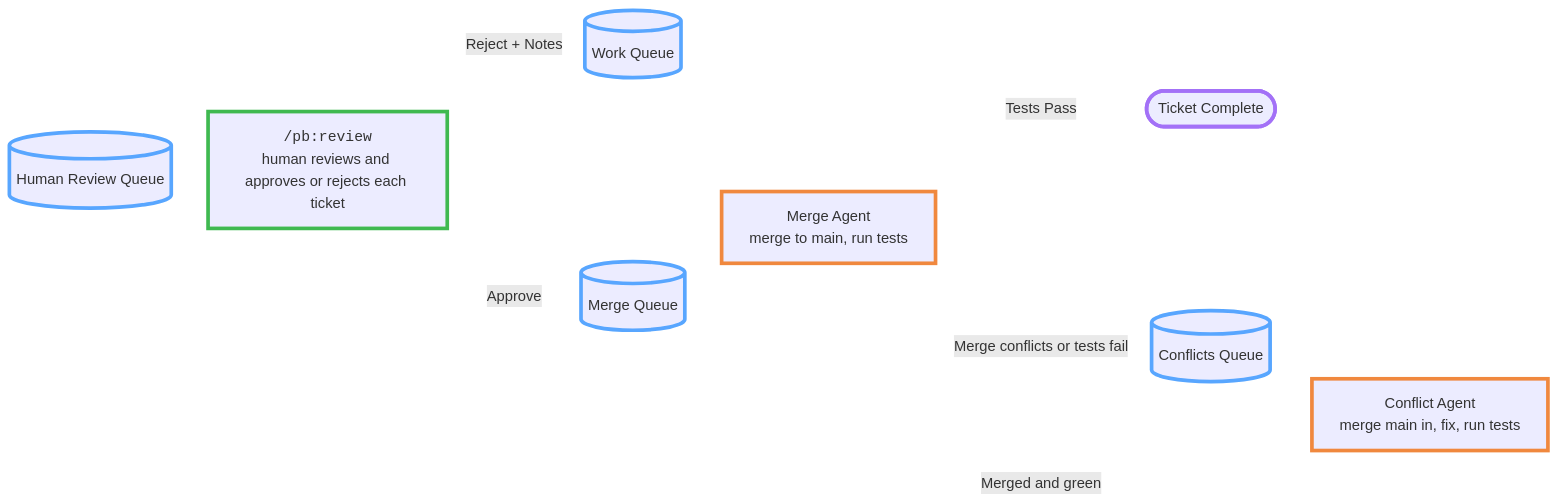
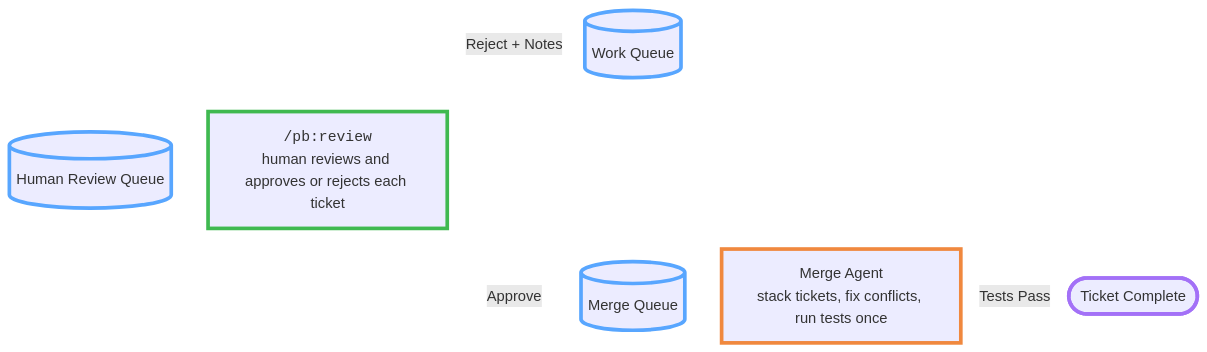
One commit to ashleydavis/playbook changed the diagram in images/handbook/pipeline-human-review.mmd. Above: the diagram before and after it, drawn with Mermaid. The commit also changed 26 other files, not shown here.

First line of the commit message:
Replaced the merge train worktree with a chain of the tickets' own branches

```diff
--- a/images/handbook/pipeline-human-review.mmd
+++ b/images/handbook/pipeline-human-review.mmd
@@ -1,22 +1,19 @@
 %%{init: {'layout': 'dagre', 'flowchart': {'nodeSpacing': 200, 'rankSpacing': 40}, 'themeVariables': {'lineColor': '#ffffff'}, 'themeCSS': '.edgeLabel p { padding: 4px 8px; }'}}%%
 flowchart LR
     HR[("Human Review Queue")] --> VIEW
 
     VIEW["<span style='font-family:monospace'>/pb:review</span><br/>human reviews and approves or rejects each ticket"]
 
     VIEW -->|Reject + Notes| WQ[("Work Queue")]
     VIEW -->|Approve| MQ[("Merge Queue")]
-    MQ --> MA["Merge Agent<br/>merge to main, run tests"]
+    MQ --> MA["Merge Agent<br/>stack tickets, fix conflicts, run tests once"]
     MA -->|Tests Pass| DONE(["Ticket Complete"])
-    MA -->|"Merge conflicts or tests fail"| CQ[("Conflicts Queue")]
-    CQ --> CA["Conflict Agent<br/>merge main in, fix, run tests"]
-    CA -->|"Merged and green"| MQ
     classDef queue stroke:#58a6ff,stroke-width:4px
-    class HR,WQ,MQ,CQ queue
+    class HR,WQ,MQ queue
     classDef human stroke:#3fb950,stroke-width:4px
     classDef agent stroke:#f0883e,stroke-width:4px
     class VIEW human
-    class MA,CA agent
+    class MA agent
     classDef done stroke:#a371f7,stroke-width:4px
     class DONE done
     linkStyle default stroke:#ffffff,stroke-width:2px
```
